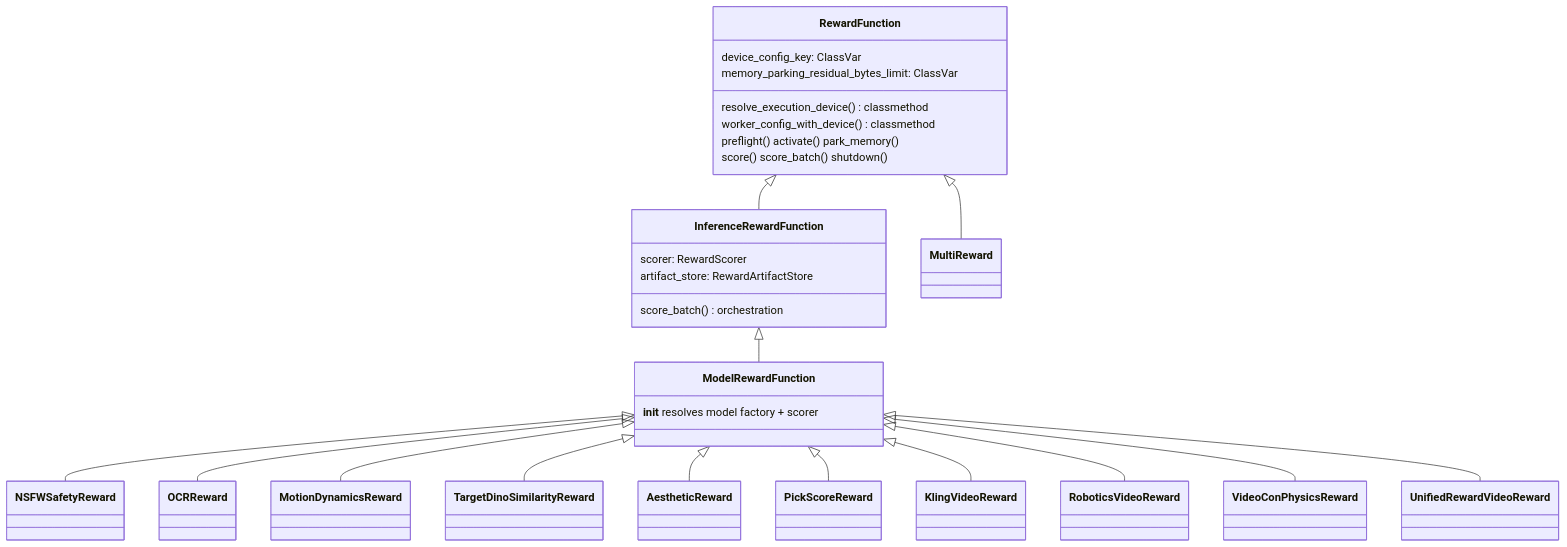
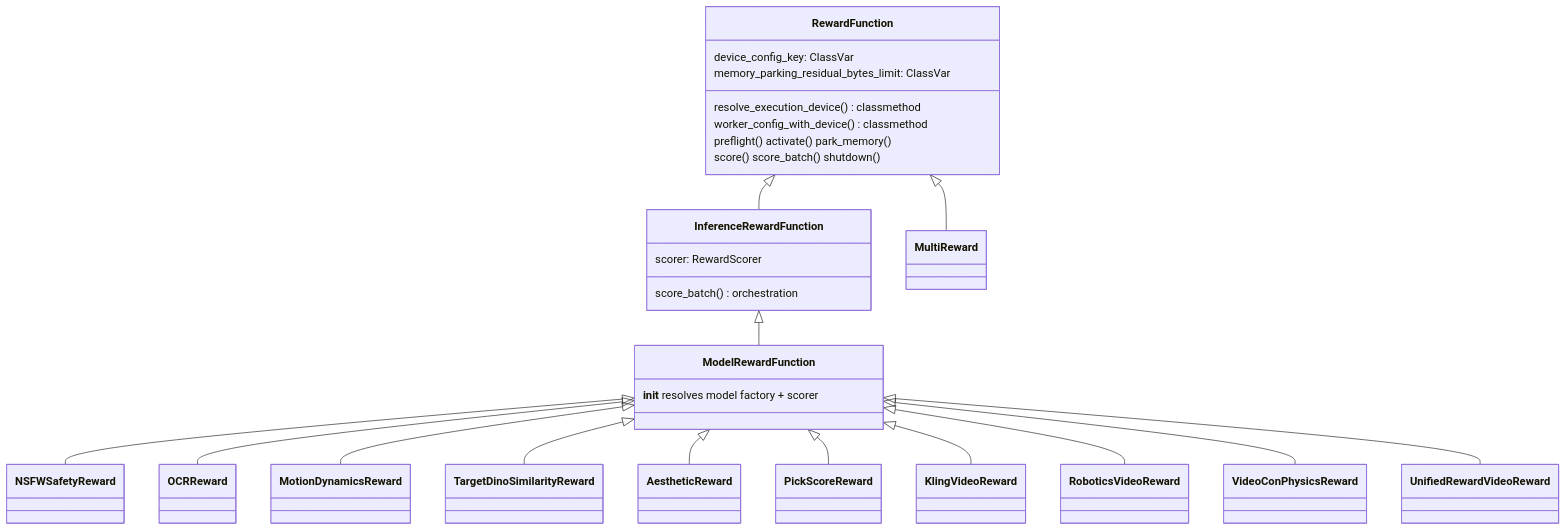
One commit to guoriyue/VRL changed the third of 3 diagrams in docs/ENGINE_ARCHITECTURE.md. Above: the diagram before and after it, drawn with Mermaid. The commit also changed other lines of this file and 33 other files, not shown here.

````diff
--- a/docs/ENGINE_ARCHITECTURE.md
+++ b/docs/ENGINE_ARCHITECTURE.md
@@ -211,32 +209,31 @@
 ```mermaid
 classDiagram
     class RewardFunction {
         device_config_key: ClassVar
         memory_parking_residual_bytes_limit: ClassVar
         resolve_execution_device() classmethod
         worker_config_with_device() classmethod
         preflight() activate() park_memory()
         score() score_batch() shutdown()
     }
     class InferenceRewardFunction {
         scorer: RewardScorer
-        artifact_store: RewardArtifactStore
         score_batch() orchestration
     }
     class ModelRewardFunction {
         __init__ resolves model factory + scorer
     }
     RewardFunction <|-- InferenceRewardFunction
     InferenceRewardFunction <|-- ModelRewardFunction
     RewardFunction <|-- MultiReward
     ModelRewardFunction <|-- NSFWSafetyReward
     ModelRewardFunction <|-- OCRReward
     ModelRewardFunction <|-- MotionDynamicsReward
     ModelRewardFunction <|-- TargetDinoSimilarityReward
     ModelRewardFunction <|-- AestheticReward
     ModelRewardFunction <|-- PickScoreReward
     ModelRewardFunction <|-- KlingVideoReward
     ModelRewardFunction <|-- RoboticsVideoReward
     ModelRewardFunction <|-- VideoConPhysicsReward
     ModelRewardFunction <|-- UnifiedRewardVideoReward
 ```
````
